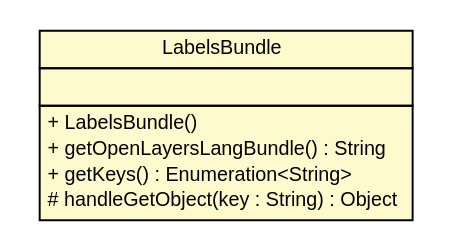
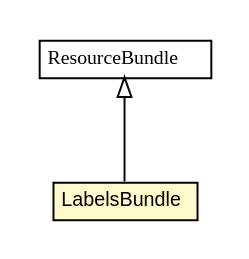
One commit to MinELenI/CBSviewer changed the diagram in apidocs/nl/mineleni/cbsviewer/util/LabelsBundle.dot. Above: the diagram before and after it, drawn with Graphviz. The commit also changed 1016 other files, not shown here.

```diff
--- a/apidocs/nl/mineleni/cbsviewer/util/LabelsBundle.dot
+++ b/apidocs/nl/mineleni/cbsviewer/util/LabelsBundle.dot
@@ -1,27 +1,26 @@
 #!/usr/local/bin/dot
 #
 # Class diagram 
-# Generated by UMLGraph version R5_6 (http://www.umlgraph.org/)
+# Generated by UMLGraph version R5_6-24-gf6e263 (http://www.umlgraph.org/)
 #
 
 digraph G {
 	edge [fontname="arial",fontsize=10,labelfontname="arial",labelfontsize=10];
 	node [fontname="arial",fontsize=10,shape=plaintext];
 	nodesep=0.25;
 	ranksep=0.5;
 	// nl.mineleni.cbsviewer.util.LabelsBundle
-	c1785 [label=<<table title="nl.mineleni.cbsviewer.util.LabelsBundle" border="0" cellborder="1" cellspacing="0" cellpadding="2" port="p" bgcolor="lemonChiffon" href="./LabelsBundle.html">
+	c2443 [label=<<table title="nl.mineleni.cbsviewer.util.LabelsBundle" border="0" cellborder="1" cellspacing="0" cellpadding="2" port="p" bgcolor="lemonChiffon" href="./LabelsBundle.html">
 		<tr><td><table border="0" cellspacing="0" cellpadding="1">
 <tr><td align="center" balign="center"> LabelsBundle </td></tr>
 		</table></td></tr>
+		</table>>, URL="./LabelsBundle.html", fontname="arial", fontcolor="black", fontsize=10.0];
+	//nl.mineleni.cbsviewer.util.LabelsBundle extends java.util.ResourceBundle
+	c2475:p -> c2443:p [dir=back,arrowtail=empty];
+	// java.util.ResourceBundle
+	c2475 [label=<<table title="java.util.ResourceBundle" border="0" cellborder="1" cellspacing="0" cellpadding="2" port="p">
 		<tr><td><table border="0" cellspacing="0" cellpadding="1">
-<tr><td align="left" balign="left">  </td></tr>
+<tr><td align="center" balign="center"><font face="arial italic"> ResourceBundle </font></td></tr>
 		</table></td></tr>
-		<tr><td><table border="0" cellspacing="0" cellpadding="1">
-<tr><td align="left" balign="left"> + LabelsBundle() </td></tr>
-<tr><td align="left" balign="left"> + getOpenLayersLangBundle() : String </td></tr>
-<tr><td align="left" balign="left"> + getKeys() : Enumeration&lt;String&gt; </td></tr>
-<tr><td align="left" balign="left"> # handleGetObject(key : String) : Object </td></tr>
-		</table></td></tr>
-		</table>>, URL="./LabelsBundle.html", fontname="arial", fontcolor="black", fontsize=10.0];
+		</table>>, URL="null", fontname="arial", fontcolor="black", fontsize=10.0];
 }
```
